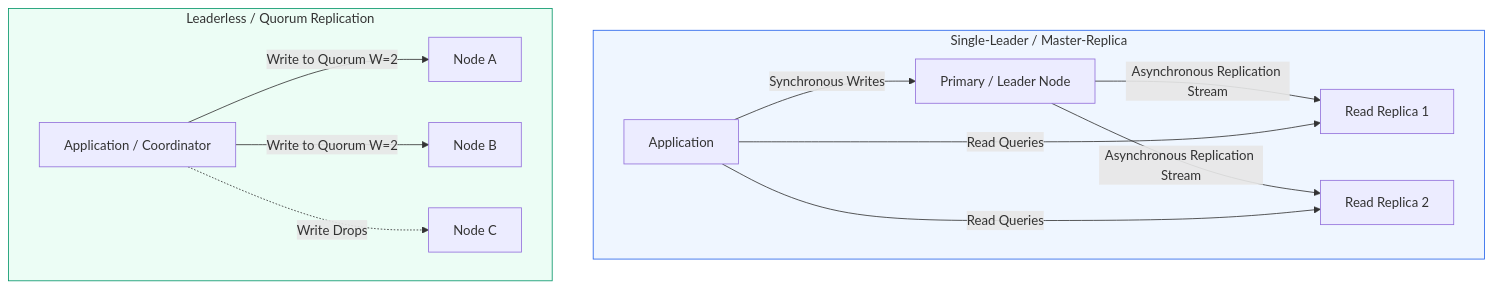
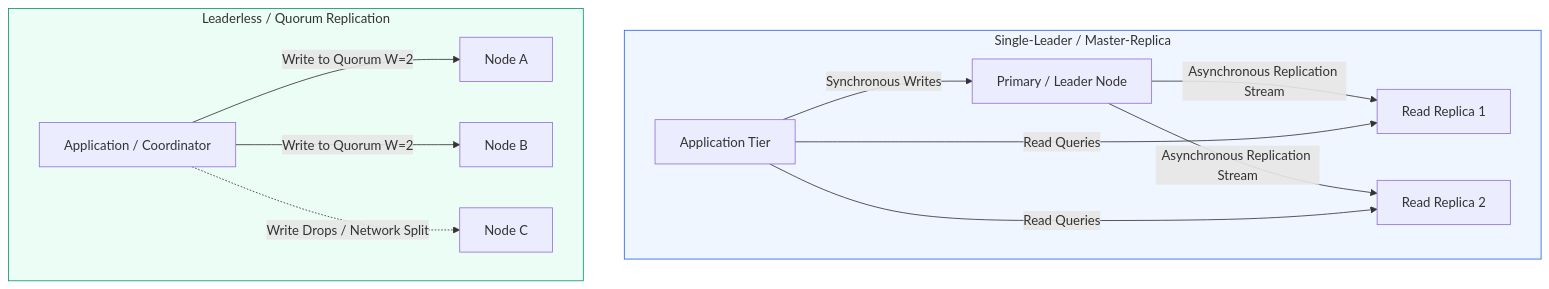
The first of 4 diagrams in 02-data-architecture/02-sharding-replication.md (kvai9826/system-design-for-program-managers), drawn with Mermaid before and after one commit. The commit also changed other lines of this file and 30 other files, not shown here.

````diff
--- a/02-data-architecture/02-sharding-replication.md
+++ b/02-data-architecture/02-sharding-replication.md
@@ -11,21 +15,21 @@
 ```mermaid
 flowchart TD
     subgraph SingleLeader [Single-Leader / Master-Replica]
-        App1[Application] -->|Synchronous Writes| Leader[Primary / Leader Node]
+        App1[Application Tier] -->|Synchronous Writes| Leader[Primary / Leader Node]
         Leader -->|Asynchronous Replication Stream| Replica1[Read Replica 1]
         Leader -->|Asynchronous Replication Stream| Replica2[Read Replica 2]
         App1 -->|Read Queries| Replica1
         App1 -->|Read Queries| Replica2
     end
 
     subgraph Leaderless [Leaderless / Quorum Replication]
         App2[Application / Coordinator] -->|Write to Quorum W=2| NodeA[Node A]
         App2 -->|Write to Quorum W=2| NodeB[Node B]
-        App2 -.->|Write Drops| NodeC[Node C]
+        App2 -.->|Write Drops / Network Split| NodeC[Node C]
     end
 
     classDef sStyle fill:#eff6ff,stroke:#2563eb,stroke-width:1px;
     classDef lStyle fill:#ecfdf5,stroke:#059669,stroke-width:1px;
     class SingleLeader sStyle;
     class Leaderless lStyle;
 ```
````
